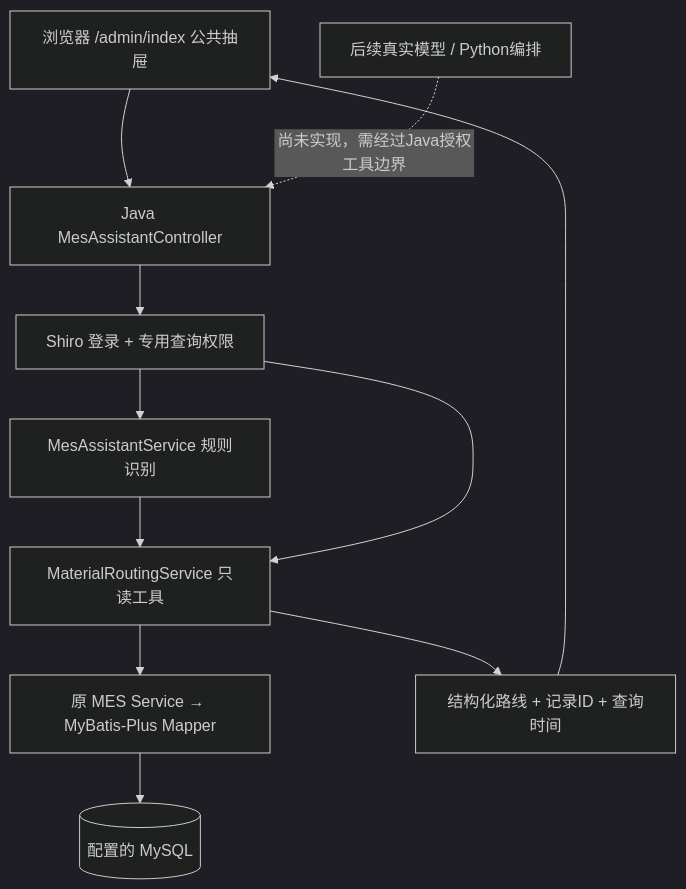
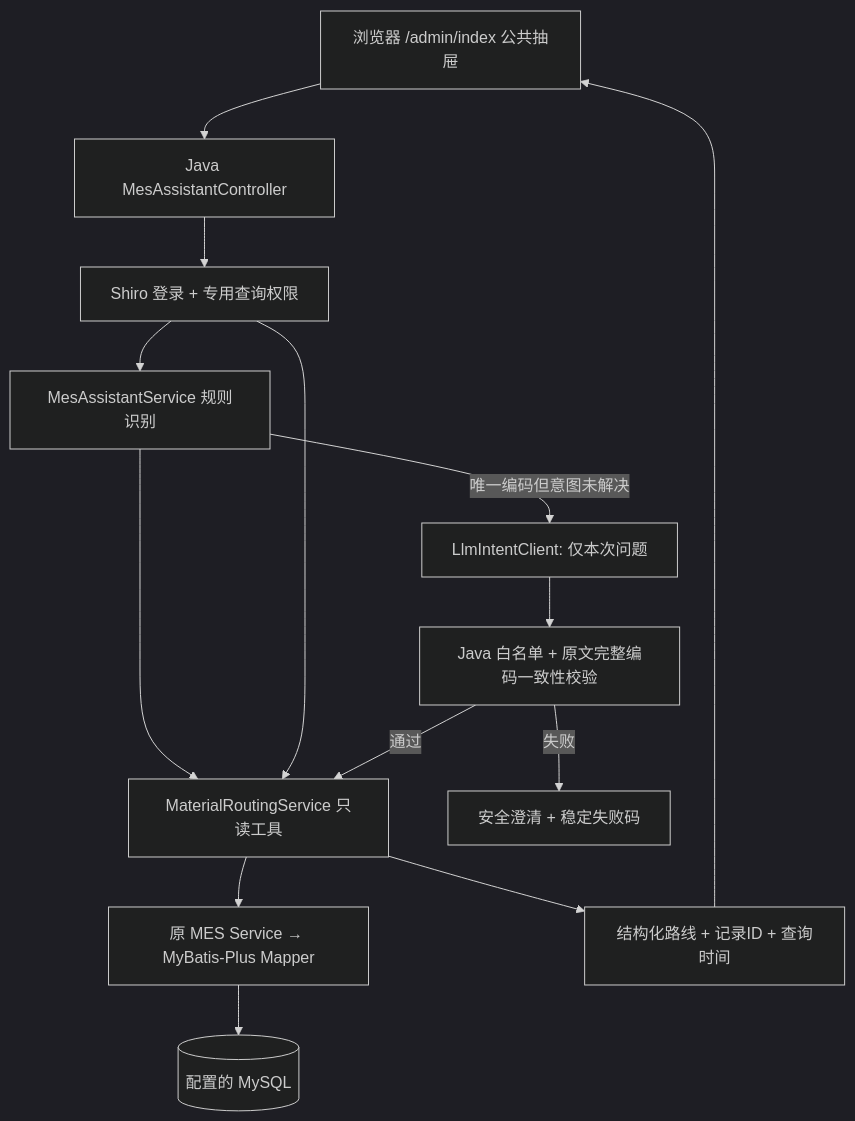
The diagram in docs/AI助手接入与运行指南.md (Gooddaybro/MES-SpringBoot), drawn with Mermaid (dark theme) before and after one commit. The commit also changed other lines of this file and 28 other files, not shown here.

Commit message:
feat: 接入MES模型意图适配与安全降级

````diff
--- a/docs/AI助手接入与运行指南.md
+++ b/docs/AI助手接入与运行指南.md
@@ -22,13 +24,16 @@
 ```mermaid
 flowchart TD
     B[浏览器 /admin/index 公共抽屉] --> C[Java MesAssistantController]
     C --> G[Shiro 登录 + 专用查询权限]
     G --> A[MesAssistantService 规则识别]
     A --> T[MaterialRoutingService 只读工具]
     G --> T
     T --> S[原 MES Service → MyBatis-Plus Mapper]
     S --> DB[(配置的 MySQL)]
     T --> R[结构化路线 + 记录ID + 查询时间]
     R --> B
-    L[后续真实模型 / Python编排] -.尚未实现，需经过Java授权工具边界.-> C
+    A -- 唯一编码但意图未解决 --> L[LlmIntentClient: 仅本次问题]
+    L --> V[Java 白名单 + 原文完整编码一致性校验]
+    V -- 通过 --> T
+    V -- 失败 --> F[安全澄清 + 稳定失败码]
 ```
````
